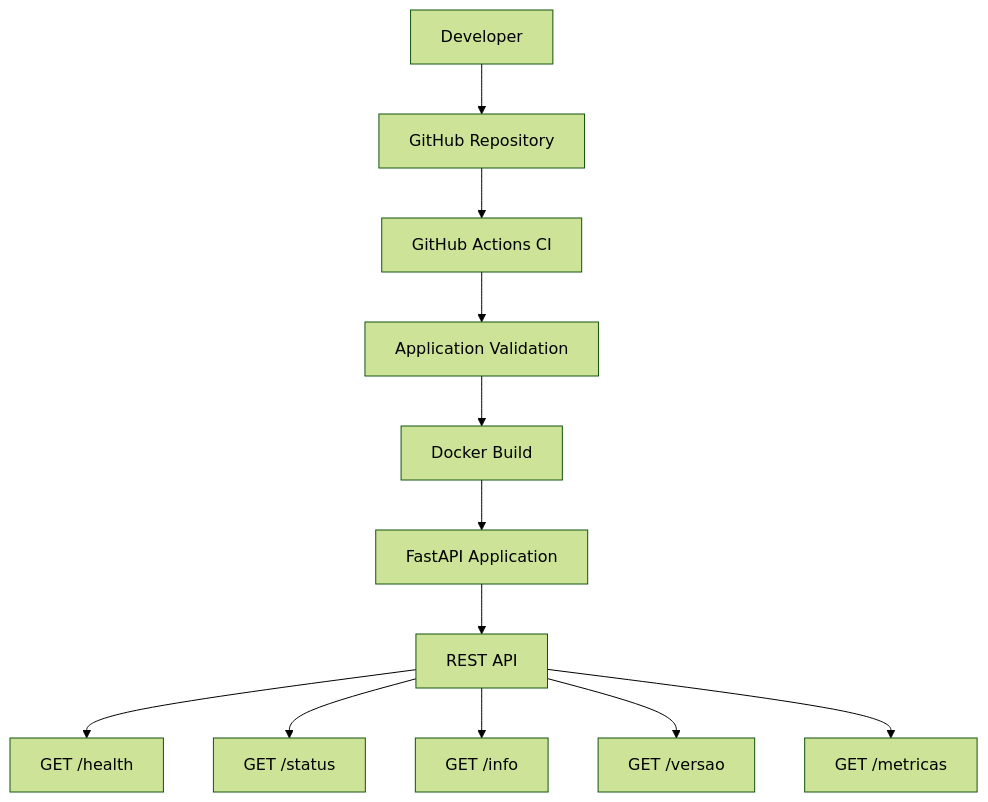
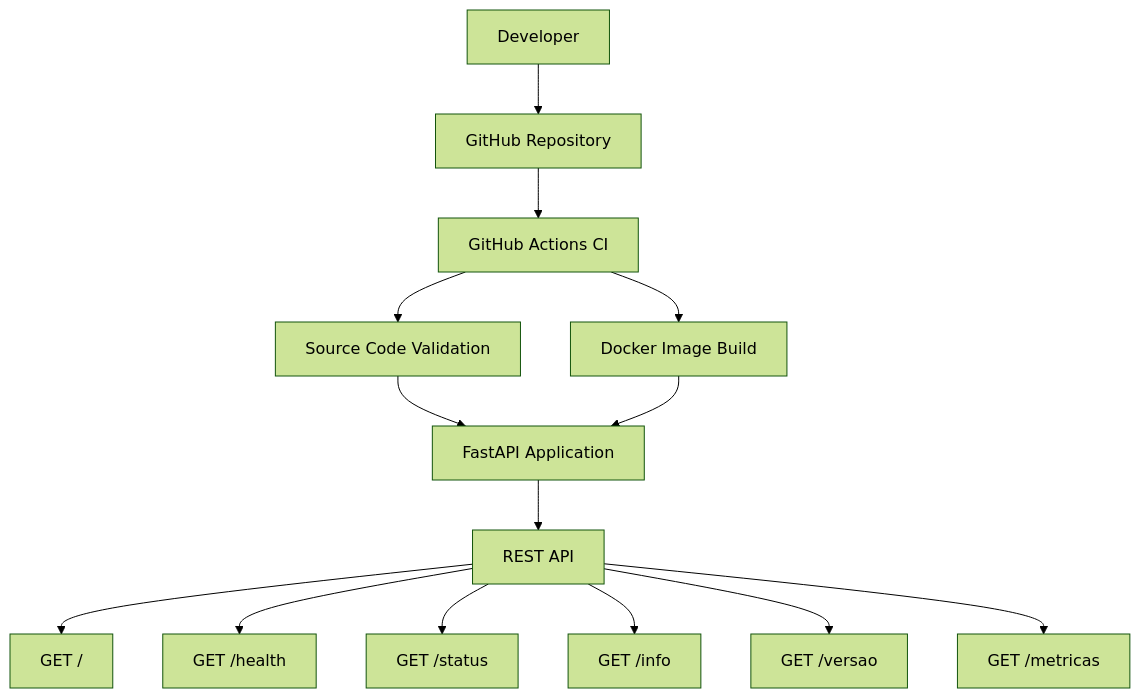
Before and after one commit to gui6j/tcc-devops-pipeline: the diagram in README.md, drawn with Mermaid (forest theme). The commit also changed other lines of this file, not shown here.

First line of the commit message:
Revise README for updated project status

````diff
--- a/README.md
+++ b/README.md
@@ -79,39 +78,38 @@
 ```mermaid
 flowchart TD
 
-A[Developer]
+    A[Developer]
+    B[GitHub Repository]
+    C[GitHub Actions CI]
 
-B[GitHub Repository]
+    D[Source Code Validation]
+    E[Docker Image Build]
 
-C[GitHub Actions CI]
+    F[FastAPI Application]
+    G[REST API]
 
-D[Application Validation]
+    H["GET /"]
+    I["GET /health"]
+    J["GET /status"]
+    K["GET /info"]
+    L["GET /versao"]
+    M["GET /metricas"]
 
-E[Docker Build]
+    A --> B
+    B --> C
 
-F[FastAPI Application]
+    C --> D
+    C --> E
 
-G[REST API]
+    D --> F
+    E --> F
 
-H["GET /health"]
+    F --> G
 
-I["GET /status"]
-
-J["GET /info"]
-
-K["GET /versao"]
-
-L["GET /metricas"]
-
-A --> B
-B --> C
-C --> D
-D --> E
-E --> F
-F --> G
-G --> H
-G --> I
-G --> J
-G --> K
-G --> L
+    G --> H
+    G --> I
+    G --> J
+    G --> K
+    G --> L
+    G --> M
 ```
````
